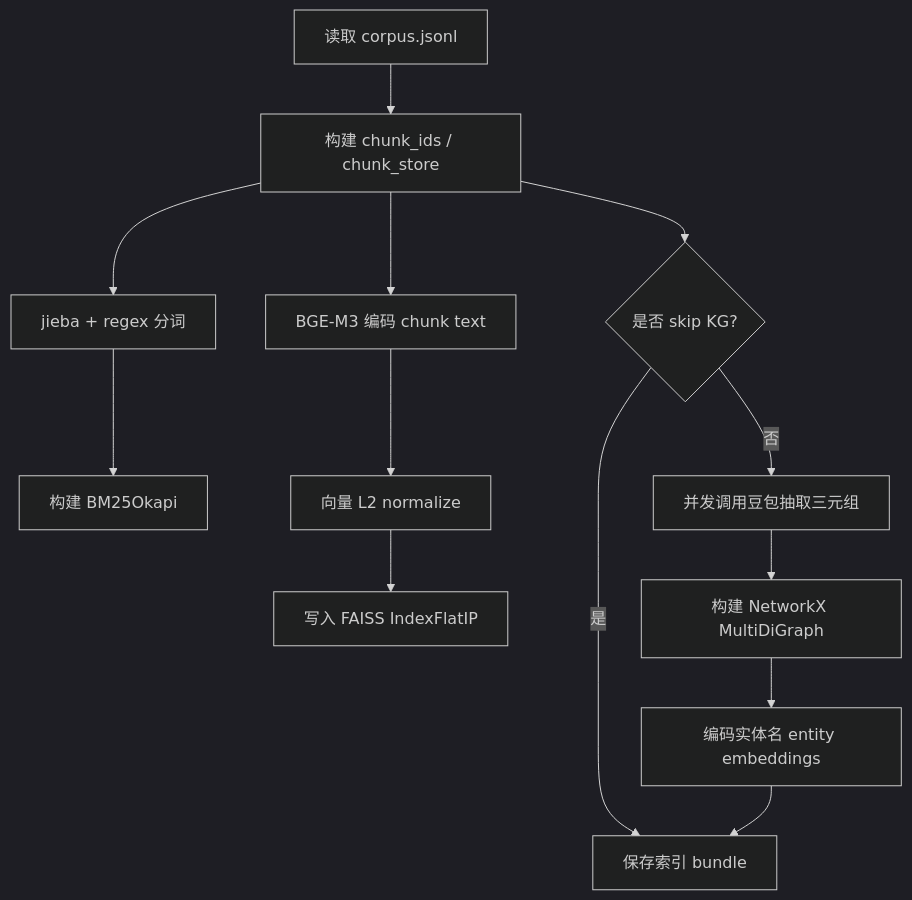
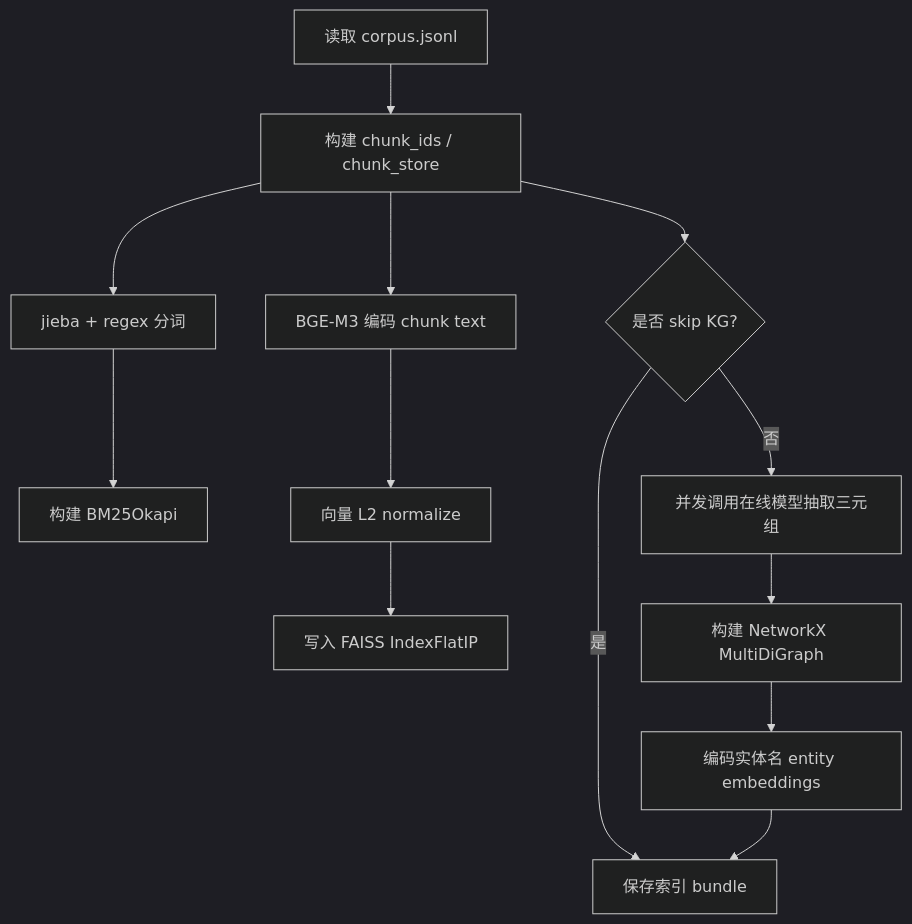
Before and after one commit to Lafinger/AgenticRAG-RL: the second of 2 diagrams in demo/docs/索引构建.md, drawn with Mermaid (dark theme). The commit also changed other lines of this file and 15 other files, not shown here.

````diff
--- a/demo/docs/索引构建.md
+++ b/demo/docs/索引构建.md
@@ -141,15 +141,15 @@
 ```mermaid
 flowchart TD
     A["读取 corpus.jsonl"] --> B["构建 chunk_ids / chunk_store"]
     B --> C["jieba + regex 分词"]
     C --> D["构建 BM25Okapi"]
     B --> E["BGE-M3 编码 chunk text"]
     E --> F["向量 L2 normalize"]
     F --> G["写入 FAISS IndexFlatIP"]
     B --> H{"是否 skip KG?"}
     H -- "是" --> I["保存索引 bundle"]
-    H -- "否" --> J["并发调用豆包抽取三元组"]
+    H -- "否" --> J["并发调用在线模型抽取三元组"]
     J --> K["构建 NetworkX MultiDiGraph"]
     K --> L["编码实体名 entity embeddings"]
     L --> I
 ```
````
